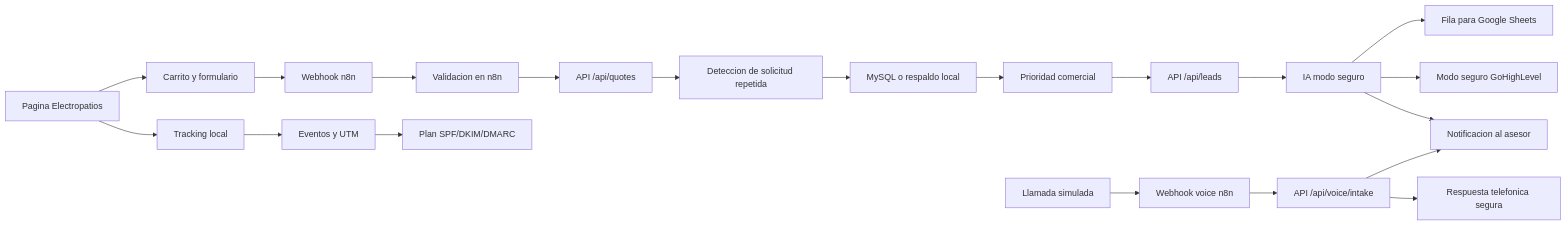
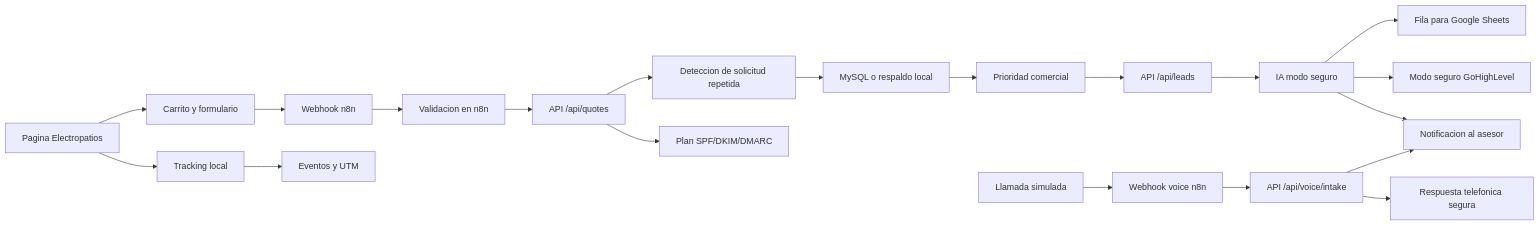
Before and after one commit to deyson24ivan/electropatios-quote-system: the diagram in README.md, drawn with Mermaid. The commit also changed other lines of this file and 15 other files, not shown here.

````diff
--- a/README.md
+++ b/README.md
@@ -199,22 +224,22 @@
 ```mermaid
 flowchart LR
   A["Pagina Electropatios"] --> B["Carrito y formulario"]
   B --> C["Webhook n8n"]
   C --> D["Validacion en n8n"]
   D --> E["API /api/quotes"]
   E --> F["Deteccion de solicitud repetida"]
   F --> G["MySQL o respaldo local"]
   G --> H["Prioridad comercial"]
   H --> I["API /api/leads"]
   I --> J["IA modo seguro"]
   J --> K["Fila para Google Sheets"]
   J --> L["Modo seguro GoHighLevel"]
   J --> M["Notificacion al asesor"]
   A --> R["Tracking local"]
   R --> S["Eventos y UTM"]
-  S --> T2["Plan SPF/DKIM/DMARC"]
+  E --> T2["Plan SPF/DKIM/DMARC"]
   N["Llamada simulada"] --> O["Webhook voice n8n"]
   O --> P["API /api/voice/intake"]
   P --> Q["Respuesta telefonica segura"]
   P --> M
 ```
````
